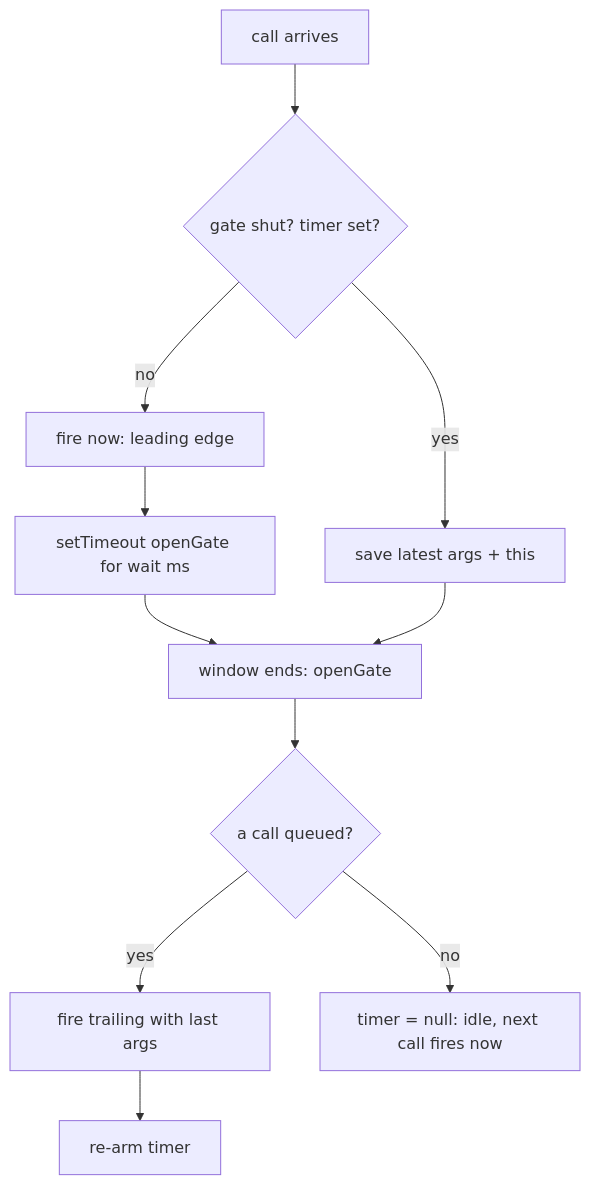
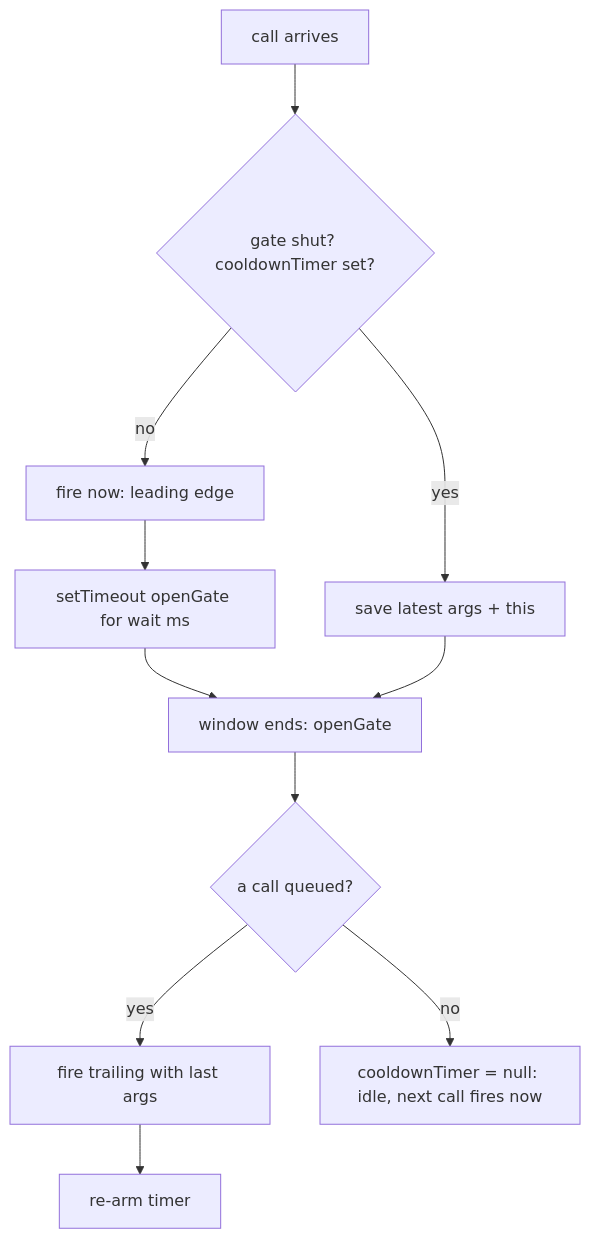
Before and after one commit to Albertobar94/ts-algorithms: the diagram in frontend/rate-limiting/throttle/README.md, drawn with Mermaid. The commit also changed other lines of this file and 43 other files, not shown here.

````diff
--- a/frontend/rate-limiting/throttle/README.md
+++ b/frontend/rate-limiting/throttle/README.md
@@ -73,12 +78,12 @@
 ```mermaid
 flowchart TD
-    A[call arrives] --> B{gate shut? timer set?}
+    A[call arrives] --> B{gate shut? cooldownTimer set?}
     B -- no --> C[fire now: leading edge]
     C --> D[setTimeout openGate for wait ms]
     B -- yes --> E[save latest args + this]
     D --> F[window ends: openGate]
     E --> F
     F --> G{a call queued?}
     G -- yes --> H[fire trailing with last args] --> I[re-arm timer]
-    G -- no --> J[timer = null: idle, next call fires now]
+    G -- no --> J[cooldownTimer = null: idle, next call fires now]
 ```
````
